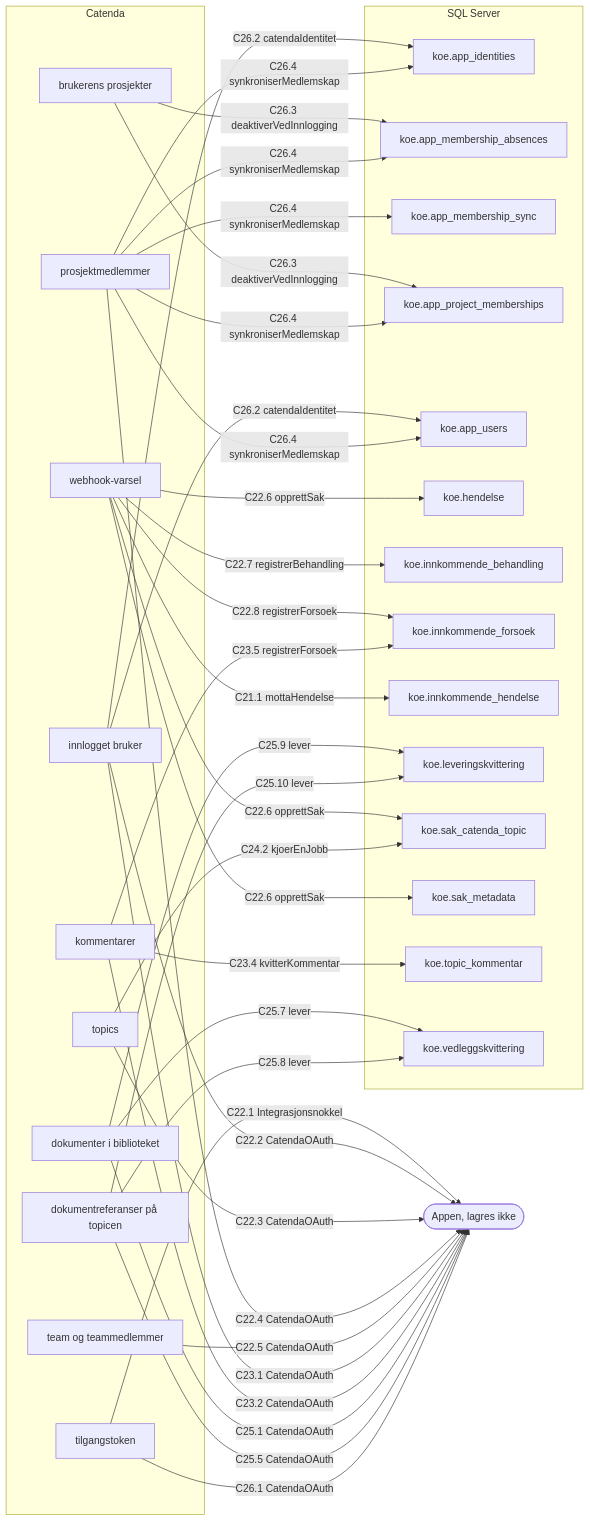
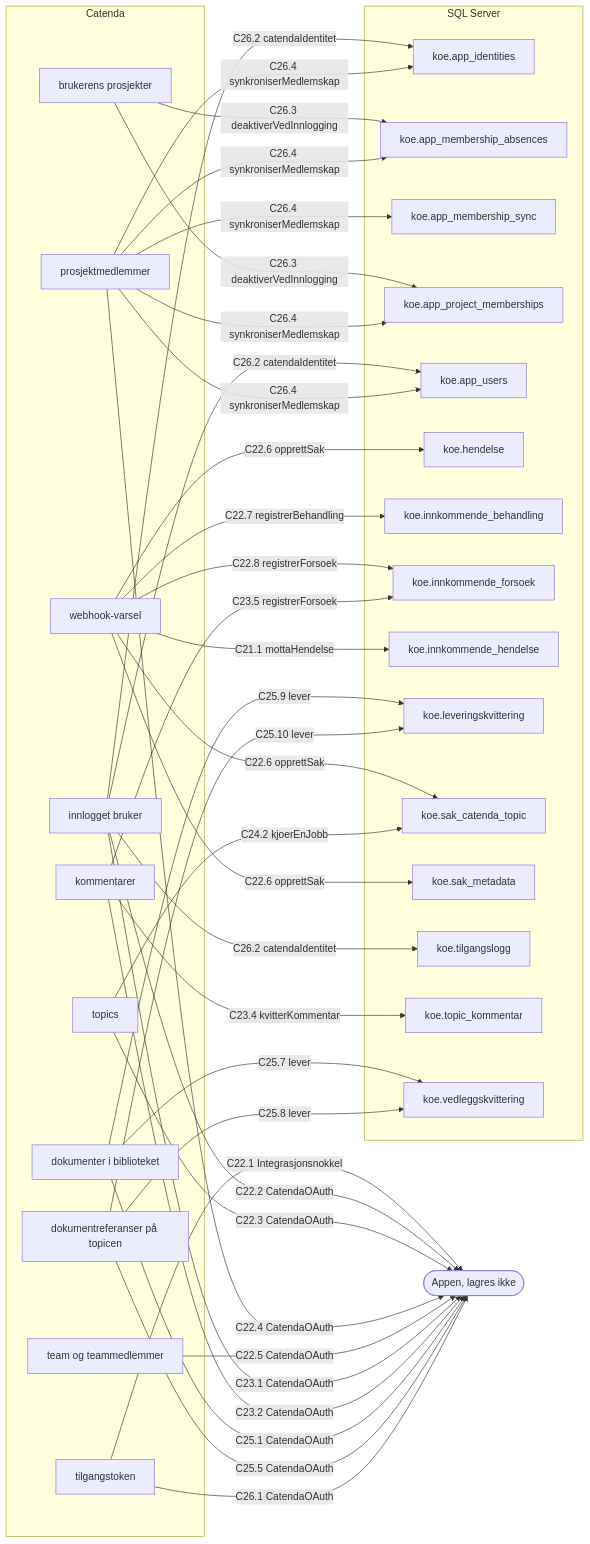
Before and after one commit to khjohns/endringsmeldinger: the second of 4 diagrams in docs/datamodell/relasjoner.md, drawn with Mermaid. The commit also changed other lines of this file and 21 other files, not shown here.

````diff
--- a/docs/datamodell/relasjoner.md
+++ b/docs/datamodell/relasjoner.md
@@ -449,64 +467,66 @@
 ```mermaid
 flowchart LR
     subgraph g0["Catenda"]
         c_webhook["webhook-varsel"]
         c_token["tilgangstoken"]
         c_bruker["innlogget bruker"]
         c_prosjekt["brukerens prosjekter"]
         c_medlemmer["prosjektmedlemmer"]
         c_team["team og teammedlemmer"]
         c_topic["topics"]
         c_kommentar["kommentarer"]
         c_dokument["dokumenter i biblioteket"]
         c_dokumentreferanse["dokumentreferanser på topicen"]
     end
     subgraph g1["SQL Server"]
         t_koe_app_identities["koe.app_identities"]
         t_koe_app_membership_absences["koe.app_membership_absences"]
         t_koe_app_membership_sync["koe.app_membership_sync"]
         t_koe_app_project_memberships["koe.app_project_memberships"]
         t_koe_app_users["koe.app_users"]
         t_koe_hendelse["koe.hendelse"]
         t_koe_innkommende_behandling["koe.innkommende_behandling"]
         t_koe_innkommende_forsoek["koe.innkommende_forsoek"]
         t_koe_innkommende_hendelse["koe.innkommende_hendelse"]
         t_koe_leveringskvittering["koe.leveringskvittering"]
         t_koe_sak_catenda_topic["koe.sak_catenda_topic"]
         t_koe_sak_metadata["koe.sak_metadata"]
+        t_koe_tilgangslogg["koe.tilgangslogg"]
         t_koe_topic_kommentar["koe.topic_kommentar"]
         t_koe_vedleggskvittering["koe.vedleggskvittering"]
     end
     t_appen(["Appen, lagres ikke"])
     c_webhook -->|"C21.1 mottaHendelse"| t_koe_innkommende_hendelse
     c_token -->|"C22.1 Integrasjonsnokkel"| t_appen
     c_bruker -->|"C22.2 CatendaOAuth"| t_appen
     c_topic -->|"C22.3 CatendaOAuth"| t_appen
     c_medlemmer -->|"C22.4 CatendaOAuth"| t_appen
     c_team -->|"C22.5 CatendaOAuth"| t_appen
     c_webhook -->|"C22.6 opprettSak"| t_koe_sak_metadata
     c_webhook -->|"C22.6 opprettSak"| t_koe_hendelse
     c_webhook -->|"C22.6 opprettSak"| t_koe_sak_catenda_topic
     c_webhook -->|"C22.7 registrerBehandling"| t_koe_innkommende_behandling
     c_webhook -->|"C22.8 registrerForsoek"| t_koe_innkommende_forsoek
     c_bruker -->|"C23.1 CatendaOAuth"| t_appen
     c_kommentar -->|"C23.2 CatendaOAuth"| t_appen
     c_kommentar -->|"C23.4 kvitterKommentar"| t_koe_topic_kommentar
     c_kommentar -->|"C23.5 registrerForsoek"| t_koe_innkommende_forsoek
     c_topic -->|"C24.2 kjoerEnJobb"| t_koe_sak_catenda_topic
     c_dokument -->|"C25.1 CatendaOAuth"| t_appen
     c_dokumentreferanse -->|"C25.5 CatendaOAuth"| t_appen
     c_dokument -->|"C25.7 lever"| t_koe_vedleggskvittering
     c_dokumentreferanse -->|"C25.8 lever"| t_koe_vedleggskvittering
     c_dokument -->|"C25.9 lever"| t_koe_leveringskvittering
     c_dokumentreferanse -->|"C25.10 lever"| t_koe_leveringskvittering
     c_token -->|"C26.1 CatendaOAuth"| t_appen
     c_bruker -->|"C26.2 catendaIdentitet"| t_koe_app_users
     c_bruker -->|"C26.2 catendaIdentitet"| t_koe_app_identities
+    c_bruker -->|"C26.2 catendaIdentitet"| t_koe_tilgangslogg
     c_prosjekt -->|"C26.3 deaktiverVedInnlogging"| t_koe_app_project_memberships
     c_prosjekt -->|"C26.3 deaktiverVedInnlogging"| t_koe_app_membership_absences
     c_medlemmer -->|"C26.4 synkroniserMedlemskap"| t_koe_app_project_memberships
     c_medlemmer -->|"C26.4 synkroniserMedlemskap"| t_koe_app_membership_sync
     c_medlemmer -->|"C26.4 synkroniserMedlemskap"| t_koe_app_membership_absences
     c_medlemmer -->|"C26.4 synkroniserMedlemskap"| t_koe_app_users
     c_medlemmer -->|"C26.4 synkroniserMedlemskap"| t_koe_app_identities
 ```
````
